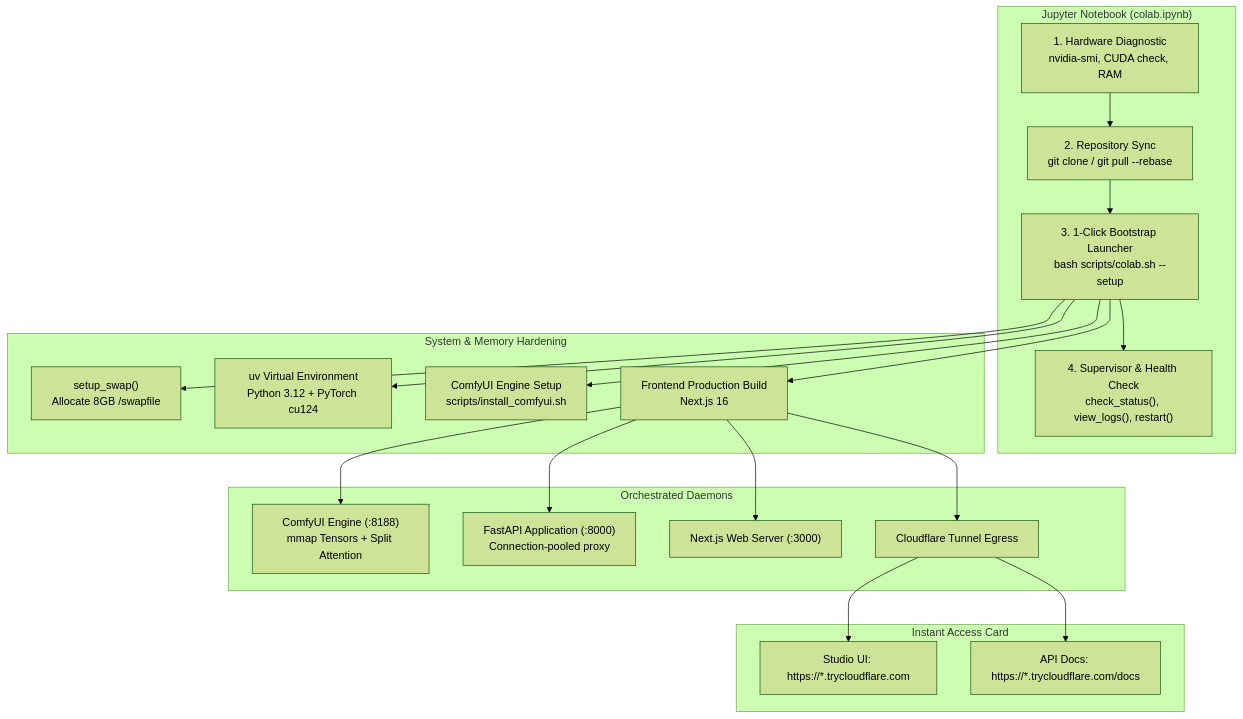
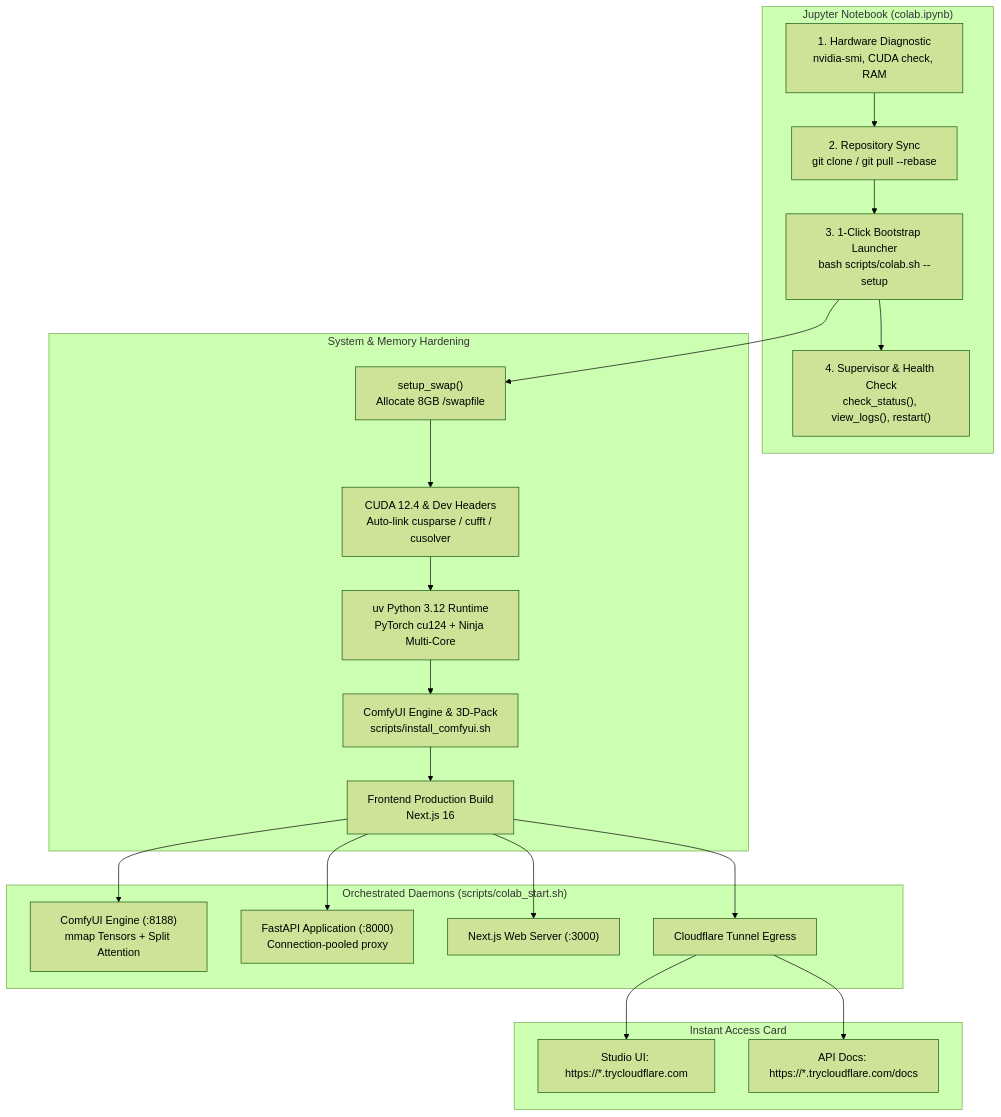
The diagram in Docs/COLAB_SETUP.md (Silentzx2/AI_Studio), drawn with Mermaid (forest theme) before and after one commit. The commit also changed other lines of this file and 7 other files, not shown here.

Commit message:
fix(build,docs): auto-link CUDA 12.4 dev headers, enforce Ninja parallelism, and correct architecture flowcharts

````diff
--- a/Docs/COLAB_SETUP.md
+++ b/Docs/COLAB_SETUP.md
@@ -17,27 +17,28 @@
 ```mermaid
 flowchart TD
     subgraph ColabNotebook["Jupyter Notebook (colab.ipynb)"]
         A["1. Hardware Diagnostic<br/>nvidia-smi, CUDA check, RAM"] --> B["2. Repository Sync<br/>git clone / git pull --rebase"]
         B --> C["3. 1-Click Bootstrap Launcher<br/>bash scripts/colab.sh --setup"]
         C --> D["4. Supervisor & Health Check<br/>check_status(), view_logs(), restart()"]
     end
 
     subgraph ColabSystem["System & Memory Hardening"]
         C --> S1["setup_swap()<br/>Allocate 8GB /swapfile"]
-        C --> S2["uv Virtual Environment<br/>Python 3.12 + PyTorch cu124"]
-        C --> S3["ComfyUI Engine Setup<br/>scripts/install_comfyui.sh"]
-        C --> S4["Frontend Production Build<br/>Next.js 16"]
+        S1 --> S2["CUDA 12.4 & Dev Headers<br/>Auto-link cusparse / cufft / cusolver"]
+        S2 --> S3["uv Python 3.12 Runtime<br/>PyTorch cu124 + Ninja Multi-Core"]
+        S3 --> S4["ComfyUI Engine & 3D-Pack<br/>scripts/install_comfyui.sh"]
+        S4 --> S5["Frontend Production Build<br/>Next.js 16"]
     end
 
-    subgraph Services["Orchestrated Daemons"]
-        S4 --> D1["ComfyUI Engine (:8188)<br/>mmap Tensors + Split Attention"]
-        S4 --> D2["FastAPI Application (:8000)<br/>Connection-pooled proxy"]
-        S4 --> D3["Next.js Web Server (:3000)"]
-        S4 --> D4["Cloudflare Tunnel Egress"]
+    subgraph Services["Orchestrated Daemons (scripts/colab_start.sh)"]
+        S5 --> D1["ComfyUI Engine (:8188)<br/>mmap Tensors + Split Attention"]
+        S5 --> D2["FastAPI Application (:8000)<br/>Connection-pooled proxy"]
+        S5 --> D3["Next.js Web Server (:3000)"]
+        S5 --> D4["Cloudflare Tunnel Egress"]
     end
 
     subgraph TunnelCard["Instant Access Card"]
         D4 --> U1["Studio UI: https://*.trycloudflare.com"]
         D4 --> U2["API Docs: https://*.trycloudflare.com/docs"]
     end
 ```
````
